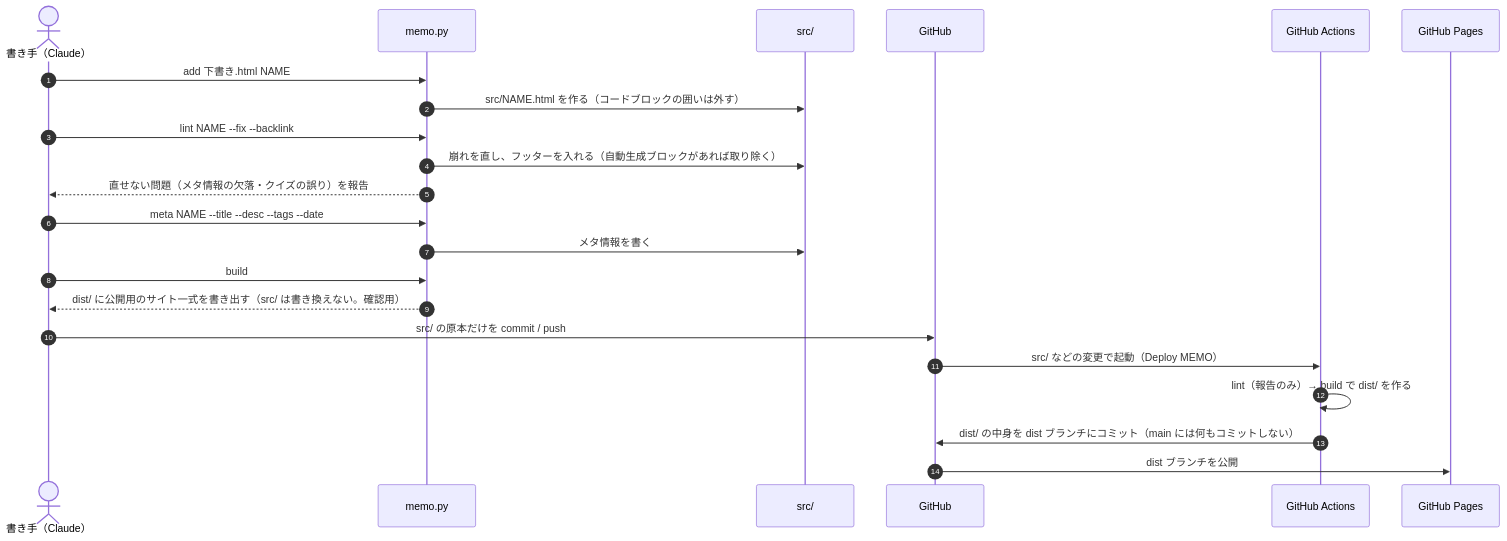
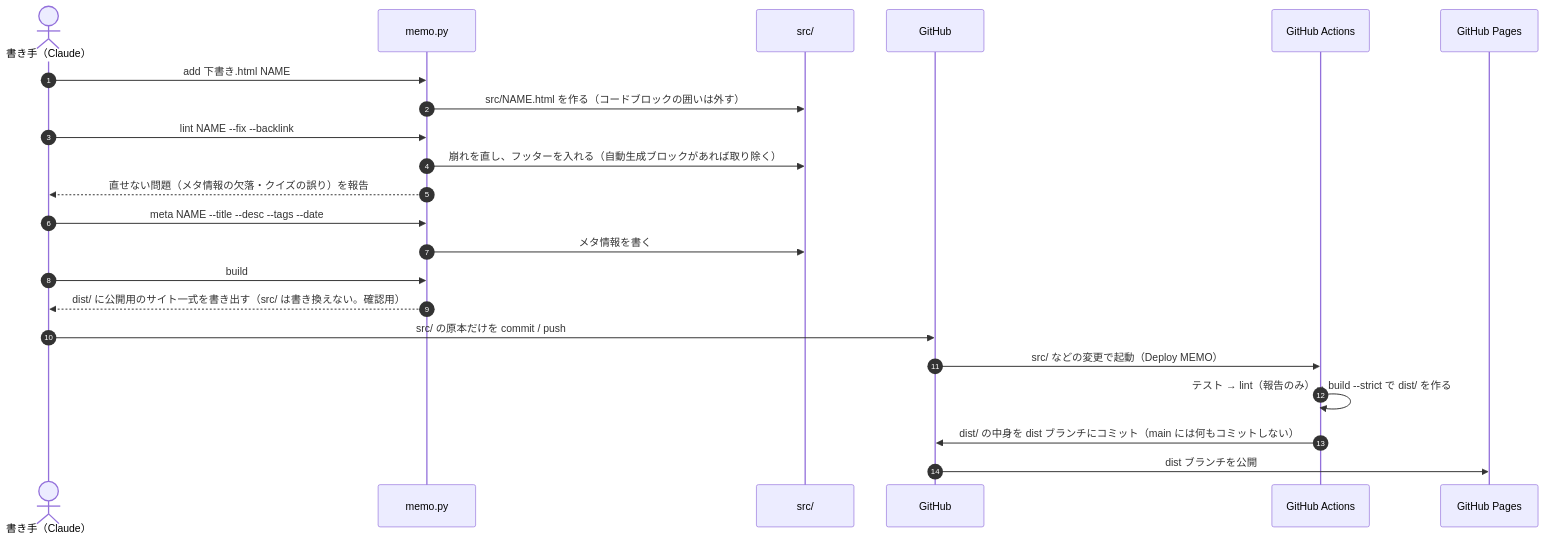
One commit to taka1156/memo-kit changed the third of 10 diagrams in memo-detail.md. Above: the diagram before and after it, drawn with Mermaid. The commit also changed other lines of this file and 16 other files, not shown here.

````diff
--- a/memo-detail.md
+++ b/memo-detail.md
@@ -163,25 +166,25 @@
 ```mermaid
 sequenceDiagram
   autonumber
   actor U as 書き手（Claude）
   participant P as memo.py
   participant D as src/
   participant G as GitHub
   participant A as GitHub Actions
   participant S as GitHub Pages
 
   U->>P: add 下書き.html NAME
   P->>D: src/NAME.html を作る（コードブロックの囲いは外す）
   U->>P: lint NAME --fix --backlink
   P->>D: 崩れを直し、フッターを入れる（自動生成ブロックがあれば取り除く）
   P-->>U: 直せない問題（メタ情報の欠落・クイズの誤り）を報告
   U->>P: meta NAME --title --desc --tags --date
   P->>D: メタ情報を書く
   U->>P: build
   P-->>U: dist/ に公開用のサイト一式を書き出す（src/ は書き換えない。確認用）
   U->>G: src/ の原本だけを commit / push
   G->>A: src/ などの変更で起動（Deploy MEMO）
-  A->>A: lint（報告のみ）→ build で dist/ を作る
+  A->>A: テスト → lint（報告のみ）→ build --strict で dist/ を作る
   A->>G: dist/ の中身を dist ブランチにコミット（main には何もコミットしない）
   G->>S: dist ブランチを公開
 ```
````
